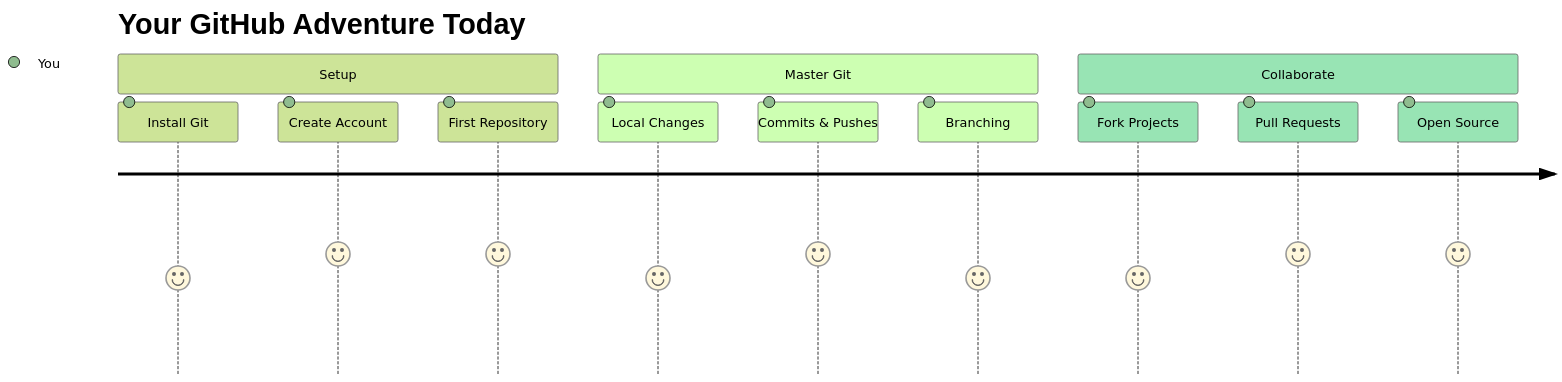
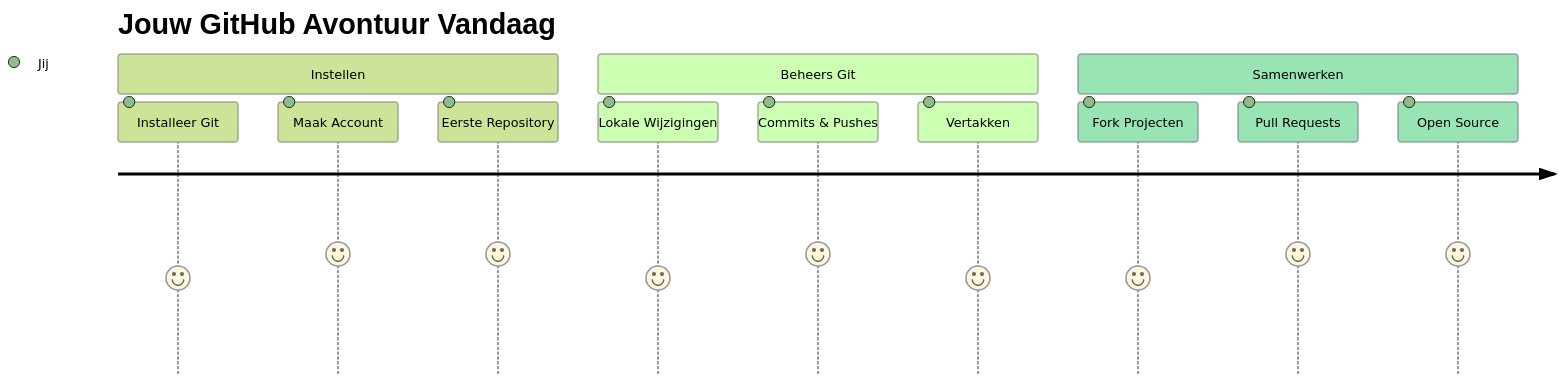
One commit to microsoft/Web-Dev-For-Beginners changed the first of 7 diagrams in translations/nl/1-getting-started-lessons/2-github-basics/README.md. Above: the diagram before and after it, drawn with Mermaid (forest theme). The commit also changed other lines of this file and 17 other files, not shown here.

````diff
--- a/translations/nl/1-getting-started-lessons/2-github-basics/README.md
+++ b/translations/nl/1-getting-started-lessons/2-github-basics/README.md
@@ -23,16 +23,16 @@
 ```mermaid
 journey
-    title Your GitHub Adventure Today
-    section Setup
-      Install Git: 4: You
-      Create Account: 5: You
-      First Repository: 5: You
-    section Master Git
-      Local Changes: 4: You
-      Commits & Pushes: 5: You
-      Branching: 4: You
-    section Collaborate
-      Fork Projects: 4: You
-      Pull Requests: 5: You
-      Open Source: 5: You
+    title Jouw GitHub Avontuur Vandaag
+    section Instellen
+      Installeer Git: 4: Jij
+      Maak Account: 5: Jij
+      Eerste Repository: 5: Jij
+    section Beheers Git
+      Lokale Wijzigingen: 4: Jij
+      Commits & Pushes: 5: Jij
+      Vertakken: 4: Jij
+    section Samenwerken
+      Fork Projecten: 4: Jij
+      Pull Requests: 5: Jij
+      Open Source: 5: Jij
 ```
````
